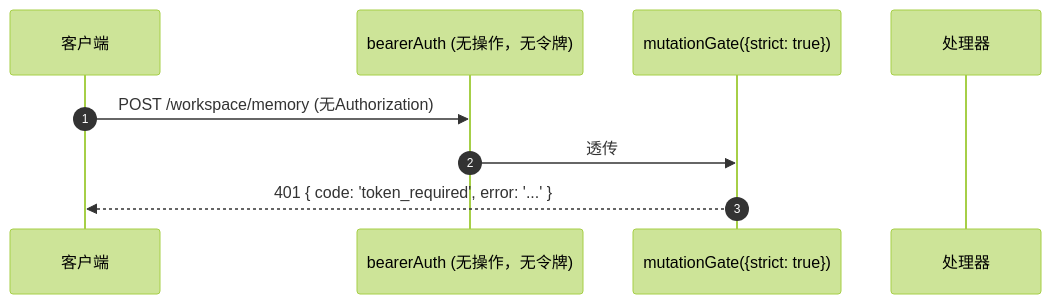
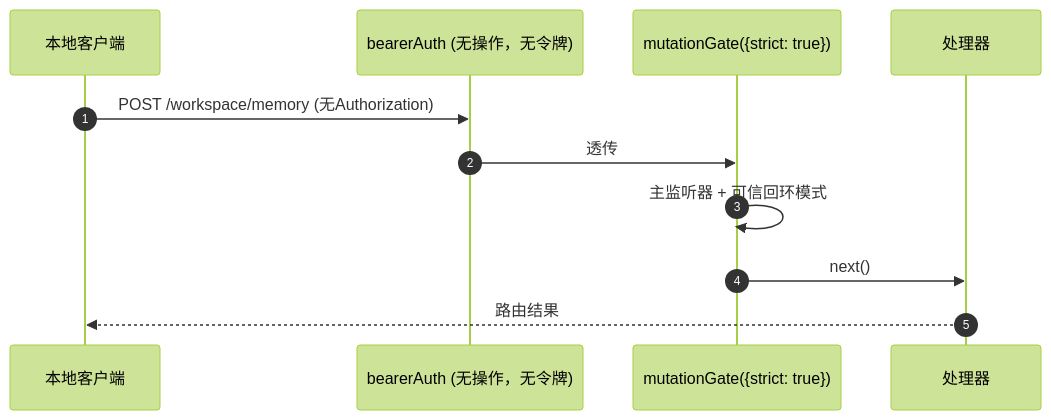
Before and after one commit to QwenLM/qwen-code-docs: the fourth of 4 diagrams in website/content/zh/developers/daemon/12-auth-security.md, drawn with Mermaid (forest theme). The commit also changed other lines of this file and 60 other files, not shown here.

````diff
--- a/website/content/zh/developers/daemon/12-auth-security.md
+++ b/website/content/zh/developers/daemon/12-auth-security.md
@@ -226,12 +229,14 @@
 ```mermaid
 sequenceDiagram
     autonumber
-    participant C as 客户端
+    participant C as 本地客户端
     participant BA as bearerAuth (无操作，无令牌)
     participant MG as mutationGate({strict: true})
     participant R as 处理器
 
     C->>BA: POST /workspace/memory (无Authorization)
     BA->>MG: 透传
-    MG-->>C: 401 { code: 'token_required', error: '...' }
+    MG->>MG: 主监听器 + 可信回环模式
+    MG->>R: next()
+    R-->>C: 路由结果
 ```
````
